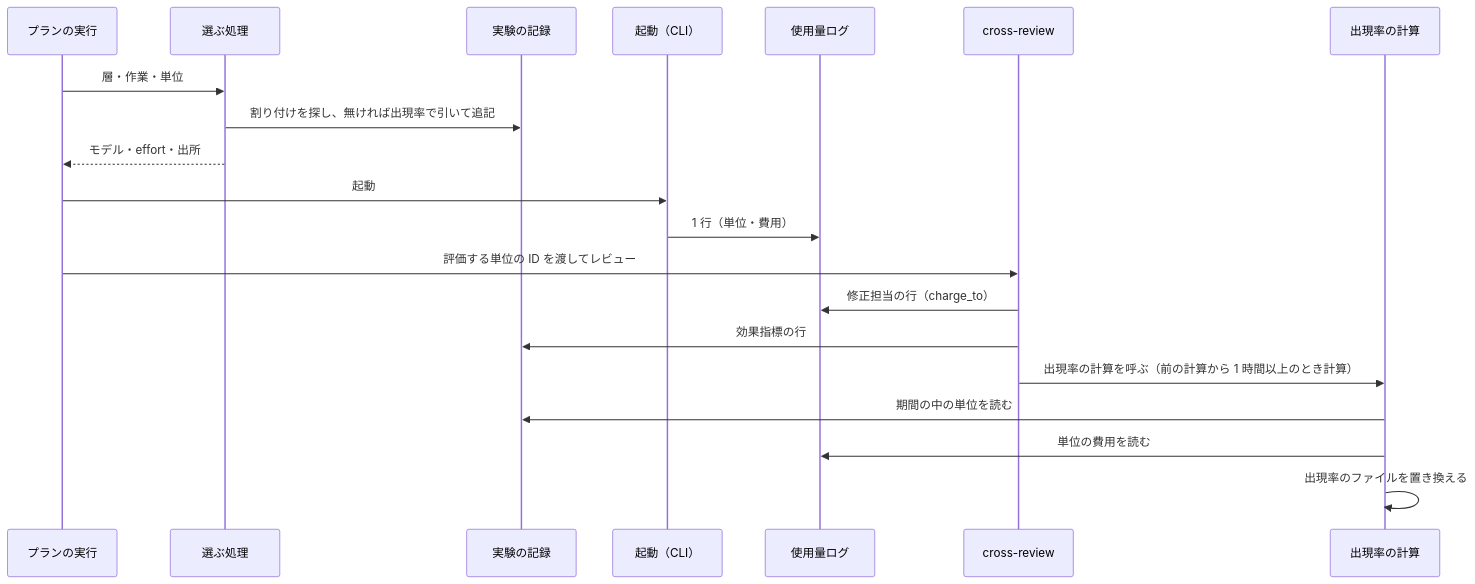
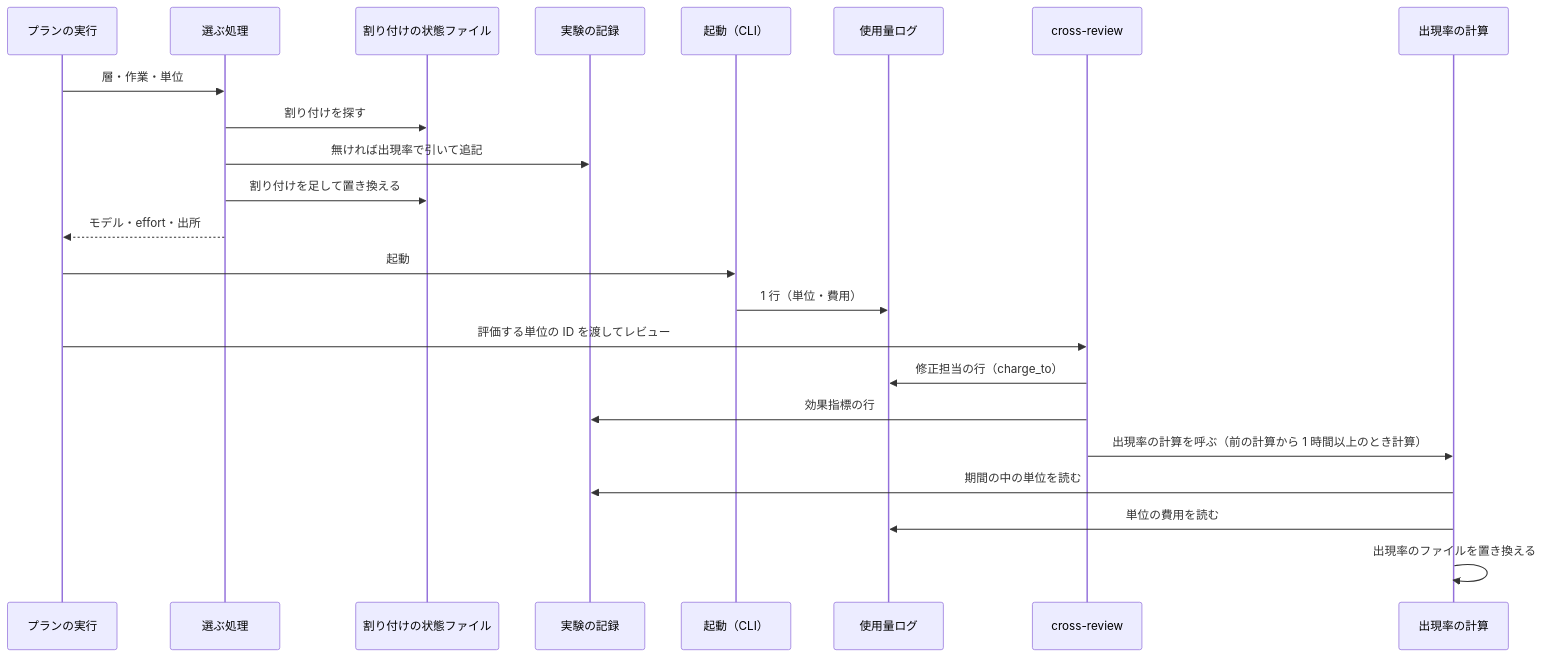
The fifth of 5 diagrams in issues/issue-2944-design.md (devbasex/ai-plugins), drawn with Mermaid before and after one commit. The commit also changed other lines of this file and 1 other file, not shown here.

````diff
--- a/issues/issue-2944-design.md
+++ b/issues/issue-2944-design.md
@@ -574,22 +640,25 @@
 ```mermaid
 sequenceDiagram
     participant R as プランの実行
     participant S as 選ぶ処理
+    participant Q as 割り付けの状態ファイル
     participant X as 実験の記録
     participant C as 起動（CLI）
     participant U as 使用量ログ
     participant V as cross-review
     participant B as 出現率の計算
     R->>S: 層・作業・単位
-    S->>X: 割り付けを探し、無ければ出現率で引いて追記
+    S->>Q: 割り付けを探す
+    S->>X: 無ければ出現率で引いて追記
+    S->>Q: 割り付けを足して置き換える
     S-->>R: モデル・effort・出所
     R->>C: 起動
     C->>U: 1 行（単位・費用）
     R->>V: 評価する単位の ID を渡してレビュー
     V->>U: 修正担当の行（charge_to）
     V->>X: 効果指標の行
     V->>B: 出現率の計算を呼ぶ（前の計算から 1 時間以上のとき計算）
     B->>X: 期間の中の単位を読む
     B->>U: 単位の費用を読む
     B->>B: 出現率のファイルを置き換える
 ```
````
